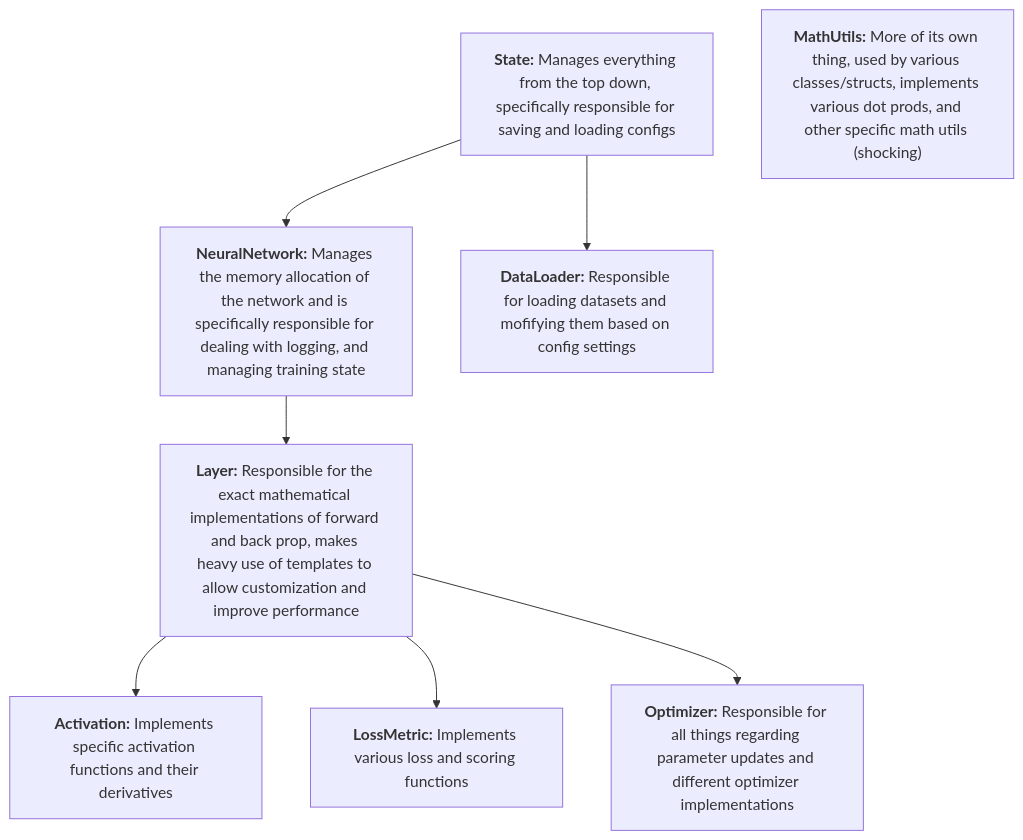
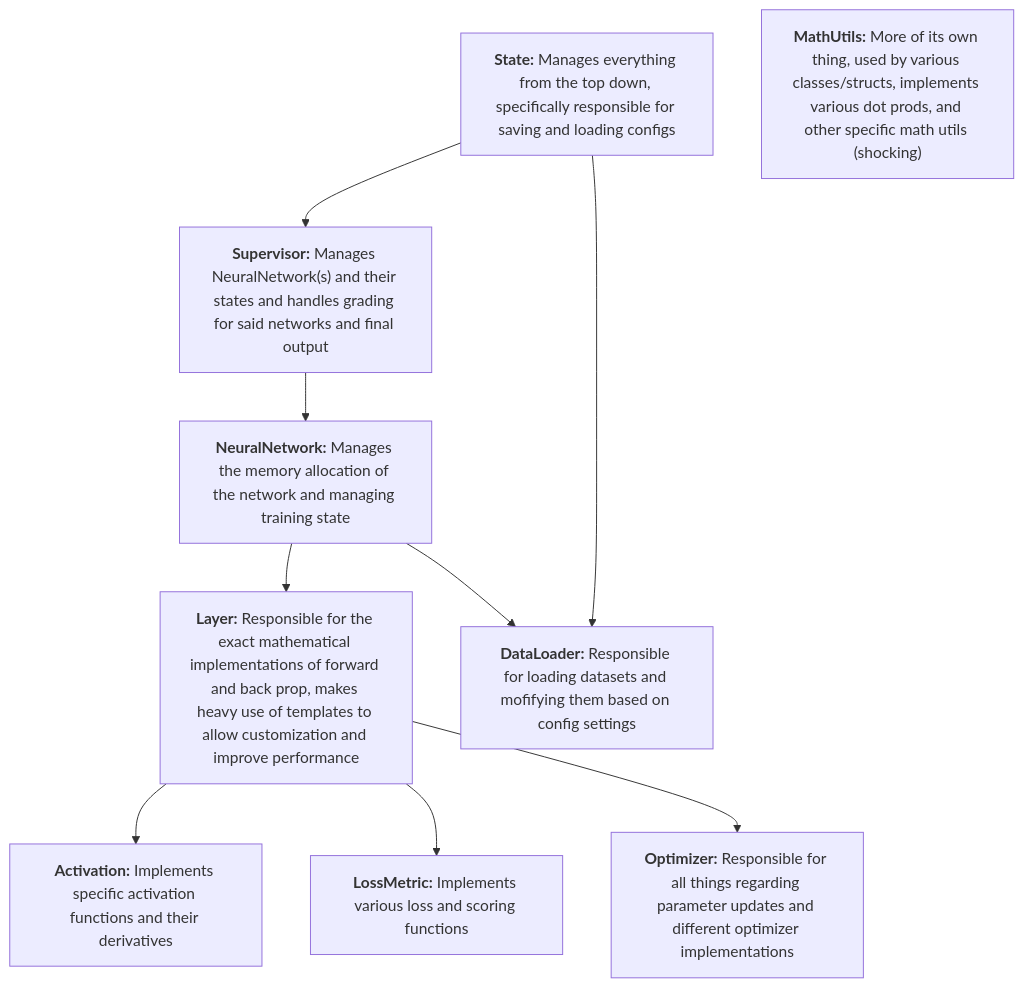
The diagram in README.md (Joey574/MLEngine), drawn with Mermaid before and after one commit.

````diff
--- a/README.md
+++ b/README.md
@@ -39,27 +39,32 @@
 ```mermaid
 flowchart TD
     state["`**State:** Manages everything from the top down, specifically responsible for saving and loading configs`"]
 
-    nn["`**NeuralNetwork:** Manages the memory allocation of the network and is specifically responsible for dealing with logging, and managing training state`"]
+    supervisor["`**Supervisor:** Manages NeuralNetwork(s) and their states and handles grading for said networks and final output`"]
+
+    nn["`**NeuralNetwork:** Manages the memory allocation of the network and managing training state`"]
 
     layer["`**Layer:** Responsible for the exact mathematical implementations of forward and back prop, makes heavy use of templates to allow customization and improve performance`"]
 
     dataload["`**DataLoader:** Responsible for loading datasets and mofifying them based on config settings`"]
 
     actv["`**Activation:** Implements specific activation functions and their derivatives`"]
 
     lossmetric["`**LossMetric:** Implements various loss and scoring functions`"]
 
     optimizer["`**Optimizer:** Responsible for all things regarding parameter updates and different optimizer implementations`"]
 
     mathutils["`**MathUtils:** More of its own thing, used by various classes/structs, implements various dot prods, and other specific math utils (shocking)`"]
 
-    state-->nn
+    state-->supervisor
     state-->dataload
 
+    supervisor-->nn
+
     nn-->layer
+    nn-->dataload
 
     layer-->actv
     layer-->lossmetric
     layer-->optimizer
 ```
````
